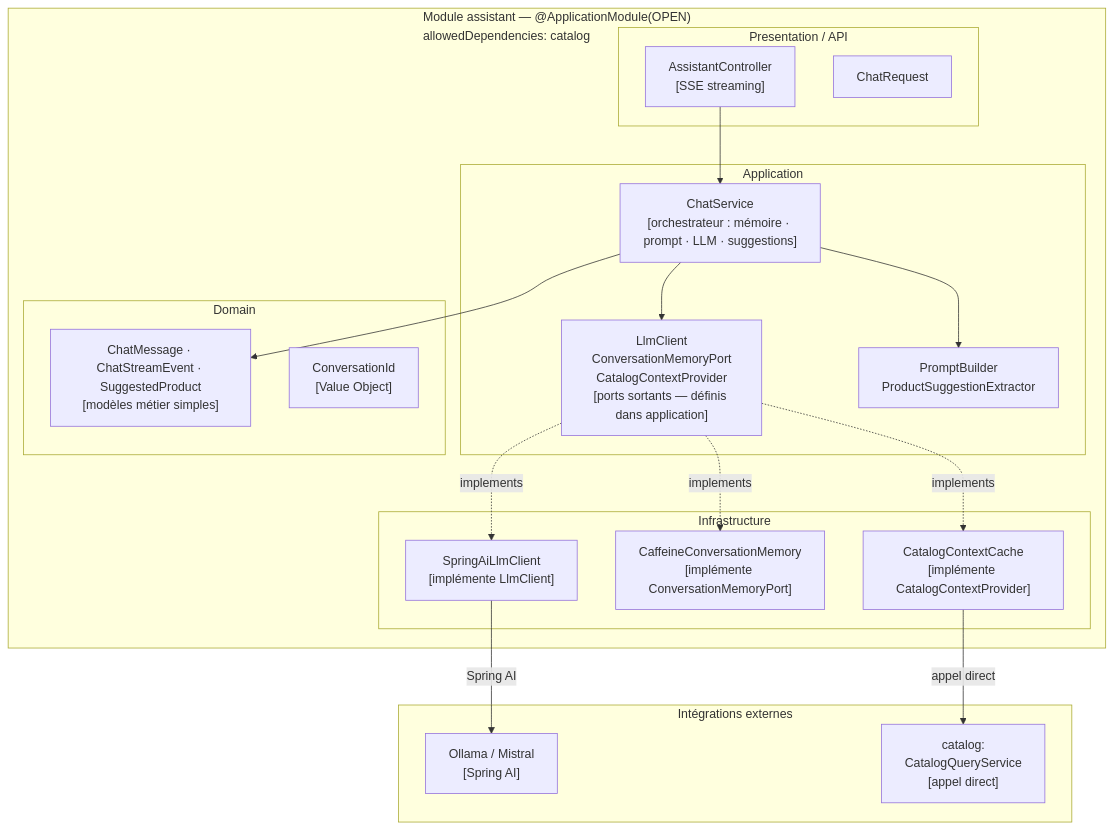
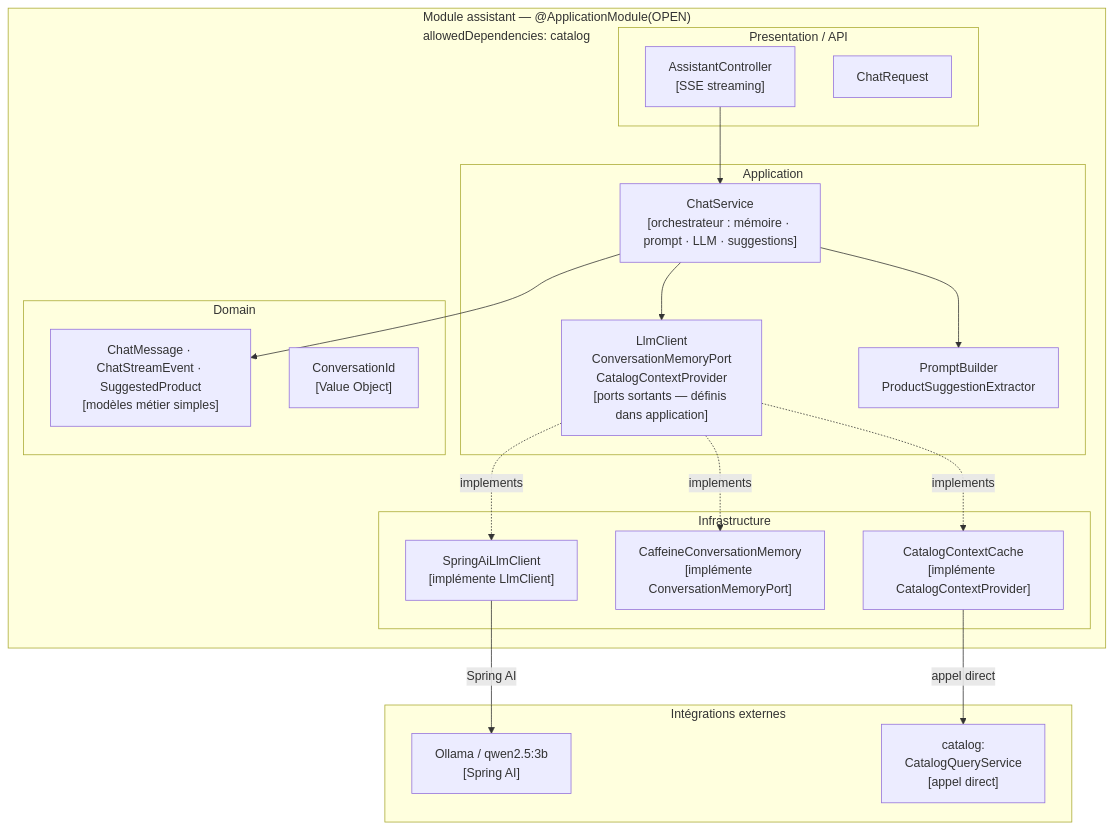
The diagram in docs/diagrams/assistant-domain.md (dbeaumont/macmarket), drawn with Mermaid before and after one commit. The commit also changed other lines of this file and 16 other files, not shown here.

First line of the commit message:
docs: corrige les incohérences documentaires (stack Angular, modèle LLM, diagramme catalog)

````diff
--- a/docs/diagrams/assistant-domain.md
+++ b/docs/diagrams/assistant-domain.md
@@ -7,43 +7,43 @@
 ```mermaid
 flowchart TB
     subgraph EXT["Intégrations externes"]
-        LLM["Ollama / Mistral\n[Spring AI]"]
+        LLM["Ollama / qwen2.5:3b\n[Spring AI]"]
         CatalogSvc["catalog:\nCatalogQueryService\n[appel direct]"]
     end
 
     subgraph AsM["Module assistant — @ApplicationModule(OPEN)\nallowedDependencies: catalog"]
         subgraph Presentation["Presentation / API"]
             Controller["AssistantController\n[SSE streaming]"]
             DTO["ChatRequest"]
         end
 
         subgraph Application["Application"]
             ChatSvc["ChatService\n[orchestrateur : mémoire · prompt · LLM · suggestions]"]
             Ports["LlmClient\nConversationMemoryPort\nCatalogContextProvider\n[ports sortants — définis dans application]"]
             Utils["PromptBuilder\nProductSuggestionExtractor"]
         end
 
         subgraph Domain["Domain"]
             Models["ChatMessage · ChatStreamEvent · SuggestedProduct\n[modèles métier simples]"]
             VO["ConversationId\n[Value Object]"]
         end
 
         subgraph Infrastructure["Infrastructure"]
             LlmImpl["SpringAiLlmClient\n[implémente LlmClient]"]
             MemImpl["CaffeineConversationMemory\n[implémente ConversationMemoryPort]"]
             CtxImpl["CatalogContextCache\n[implémente CatalogContextProvider]"]
         end
     end
 
     Controller --> ChatSvc
     ChatSvc --> Ports
     ChatSvc --> Utils
     ChatSvc --> Models
 
     Ports -.->|"implements"| LlmImpl
     Ports -.->|"implements"| MemImpl
     Ports -.->|"implements"| CtxImpl
 
     LlmImpl -->|"Spring AI"| LLM
     CtxImpl -->|"appel direct"| CatalogSvc
 ```
````
